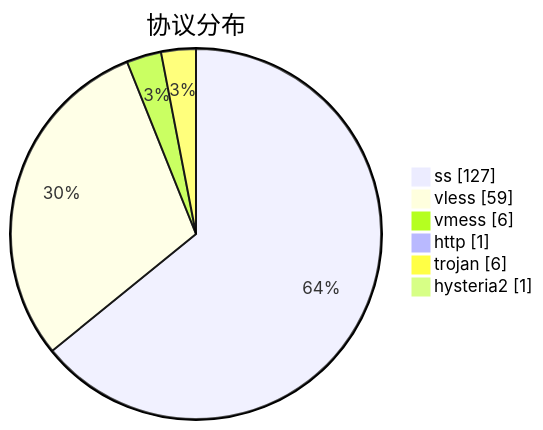
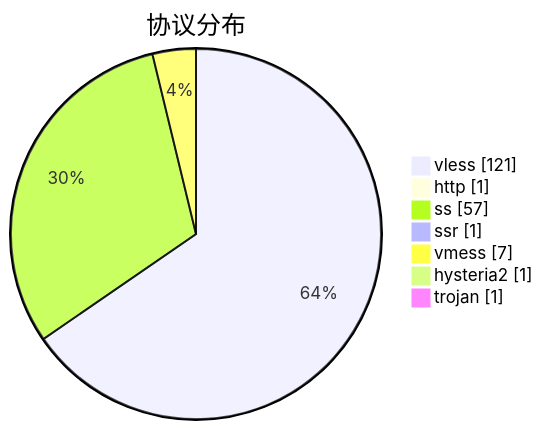
Before and after one commit to qjlxg/airport: the third of 3 diagrams in subs/statistics/tested_within.md, drawn with Mermaid. The commit also changed other lines of this file and 2 other files, not shown here.

````diff
--- a/subs/statistics/tested_within.md
+++ b/subs/statistics/tested_within.md
@@ -25,10 +24,11 @@
 ```mermaid
 pie showData
 title 协议分布
-"ss" : 127
-"vless" : 59
-"vmess" : 6
+"vless" : 121
 "http" : 1
-"trojan" : 6
+"ss" : 57
+"ssr" : 1
+"vmess" : 7
 "hysteria2" : 1
+"trojan" : 1
 ```
````
